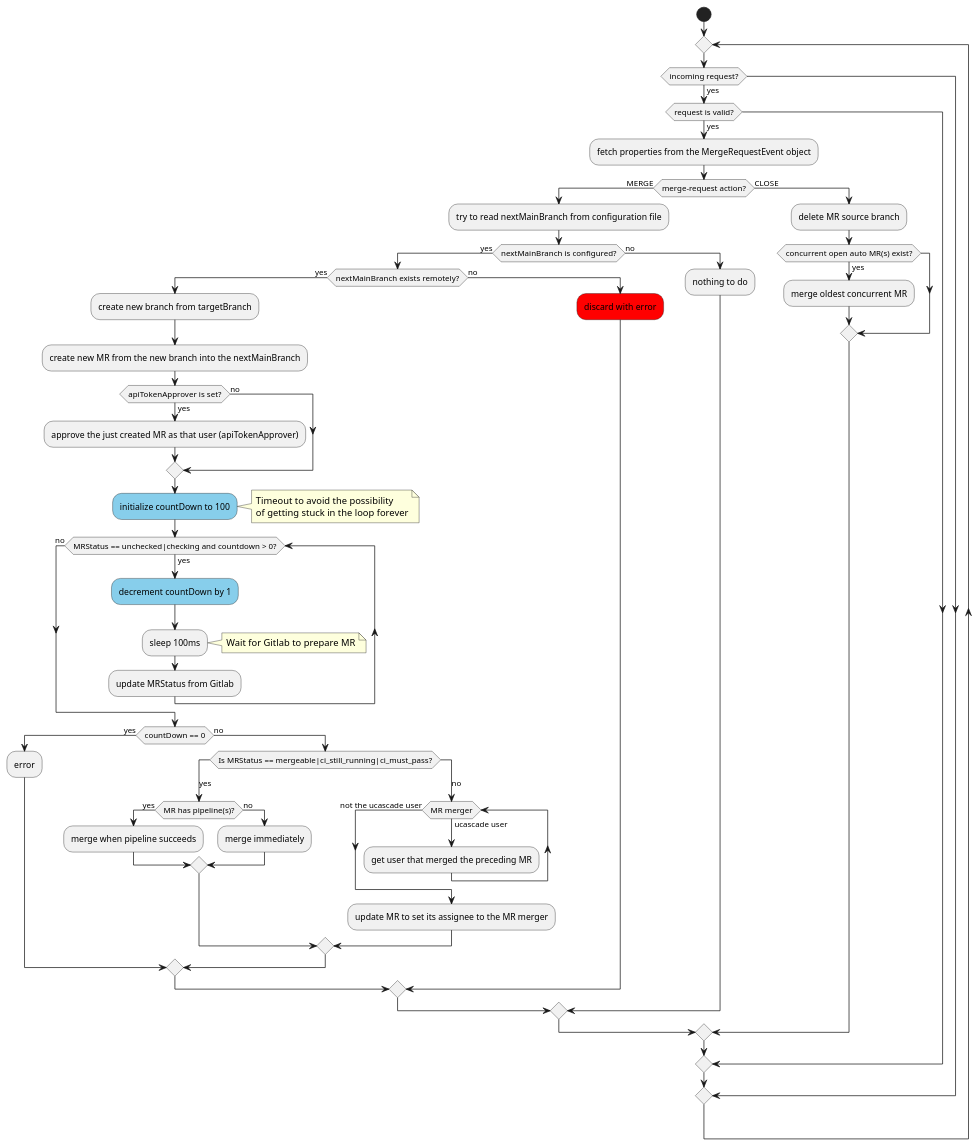
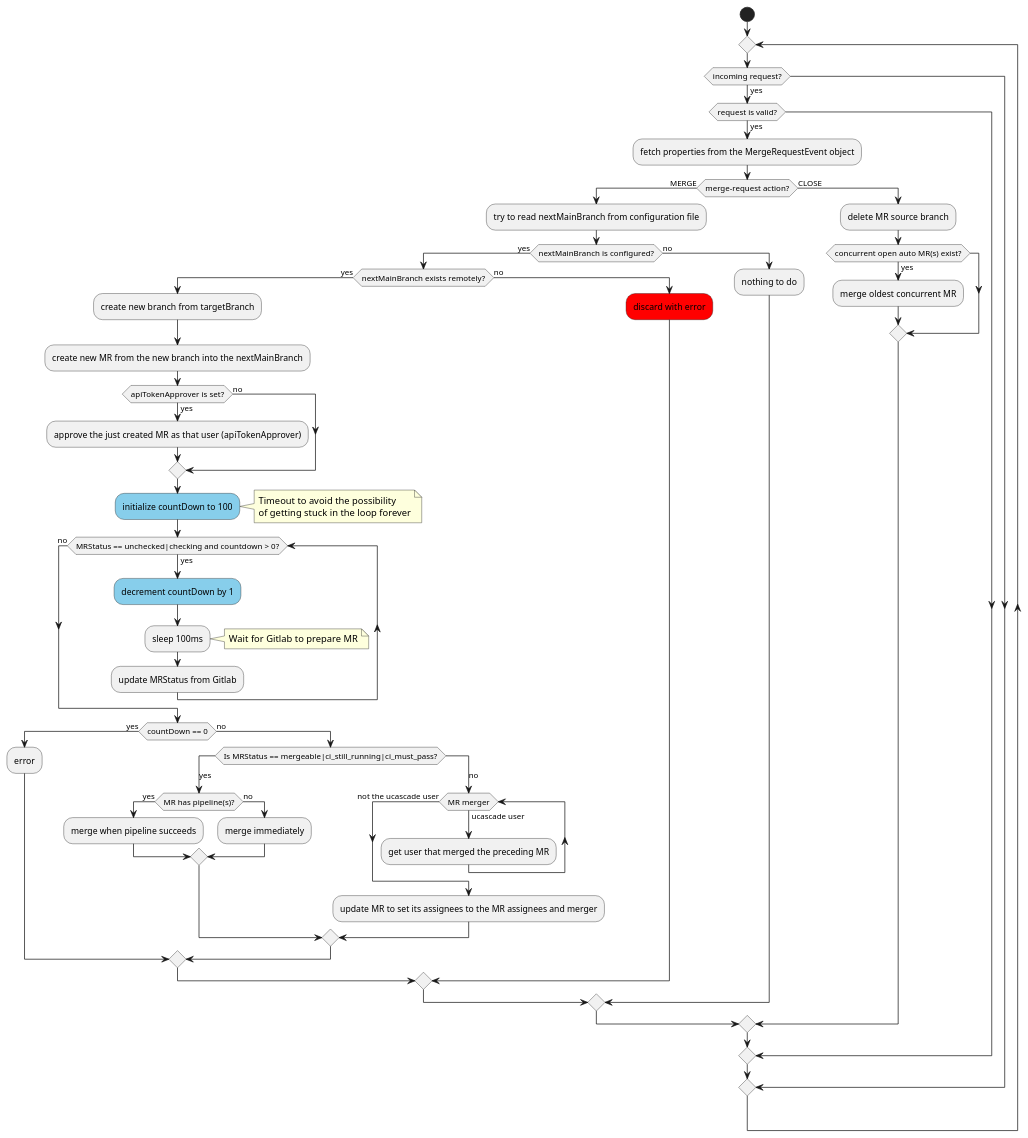
One commit to unblu/ucascade changed the diagram in _documentation/src/docs/diagrams/technical-workflow.puml. Above: the diagram before and after it, drawn with PlantUML. The commit also changed 8 other files, not shown here.

```diff
--- a/_documentation/src/docs/diagrams/technical-workflow.puml
+++ b/_documentation/src/docs/diagrams/technical-workflow.puml
@@ -1,60 +1,60 @@
 @startuml technical-workflow
 start
 repeat
 if (incoming request?) then (yes)
     if (request is valid?) then (yes)
         :fetch properties from the MergeRequestEvent object;
         if (merge-request action?) then (MERGE)
             :try to read nextMainBranch from configuration file;
             if (nextMainBranch is configured?) then (yes)
                 if (nextMainBranch exists remotely?) then (yes)
                     :create new branch from targetBranch;
                     :create new MR from the new branch into the nextMainBranch;
                     if (apiTokenApprover is set?) then (yes)
                         :approve the just created MR as that user (apiTokenApprover);
                     else (no)
                     endif
                     #SkyBlue:initialize countDown to 100;
                     note right 
                         Timeout to avoid the possibility
                         of getting stuck in the loop forever
                     end note
                     while(MRStatus == unchecked|checking and countdown > 0?) is (yes)
                         #SkyBlue:decrement countDown by 1;
                         :sleep 100ms;
                         note right: Wait for Gitlab to prepare MR
                         :update MRStatus from Gitlab;
                     endwhile (no)
                     if (countDown == 0) then (yes) 
                         :error;
                     else (no)
                         switch(Is MRStatus == mergeable|ci_still_running|ci_must_pass?)
                         case (yes)
                             if (MR has pipeline(s)?) then (yes)
                                 :merge when pipeline succeeds;
                             else (no)
                                 :merge immediately;
                             endif
                         case (no)
                             while(MR merger) is (ucascade user)
                                 :get user that merged the preceding MR;
                             endwhile (not the ucascade user)
-                            :update MR to set its assignee to the MR merger;
+                            :update MR to set its assignees to the MR assignees and merger;
                         endswitch
                     endif
                 else (no)
                     #red:discard with error;
                 endif
                 else (no)
                     :nothing to do;
             endif
         else (CLOSE)
             :delete MR source branch;
             if (concurrent open auto MR(s) exist?) then (yes)
                 :merge oldest concurrent MR;
             endif
         endif
     endif
 endif
 repeat while
 @enduml
```
